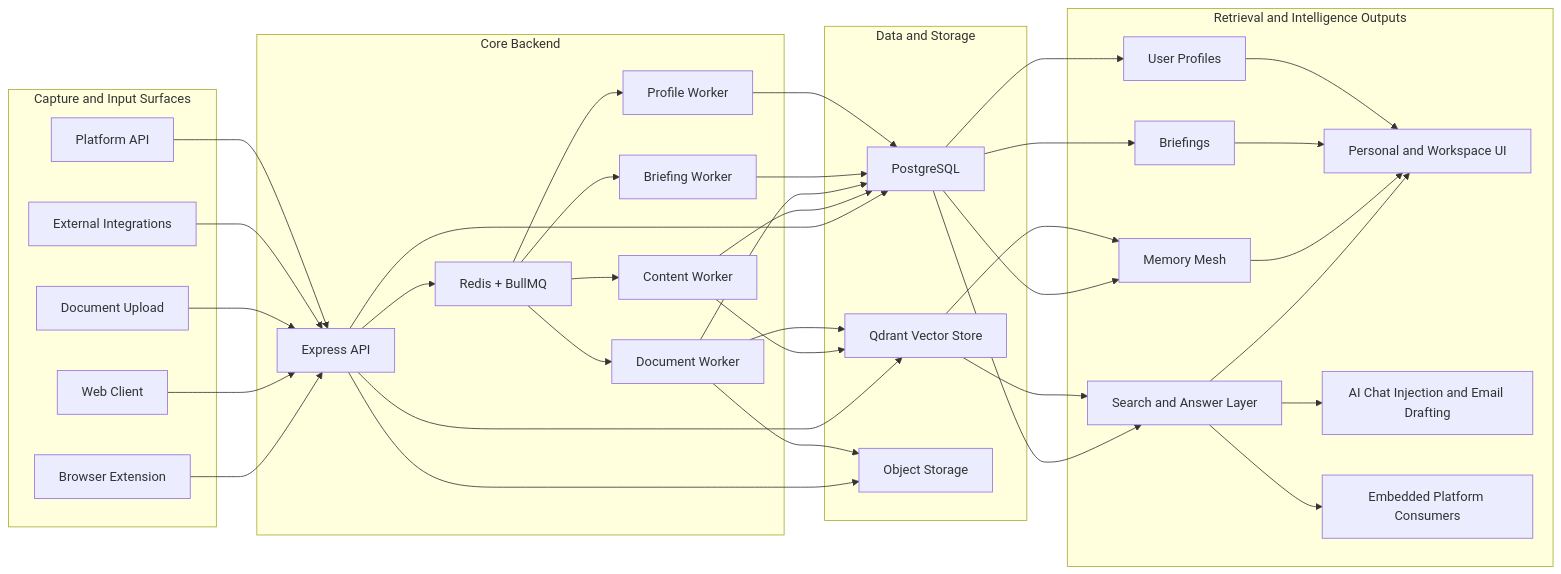
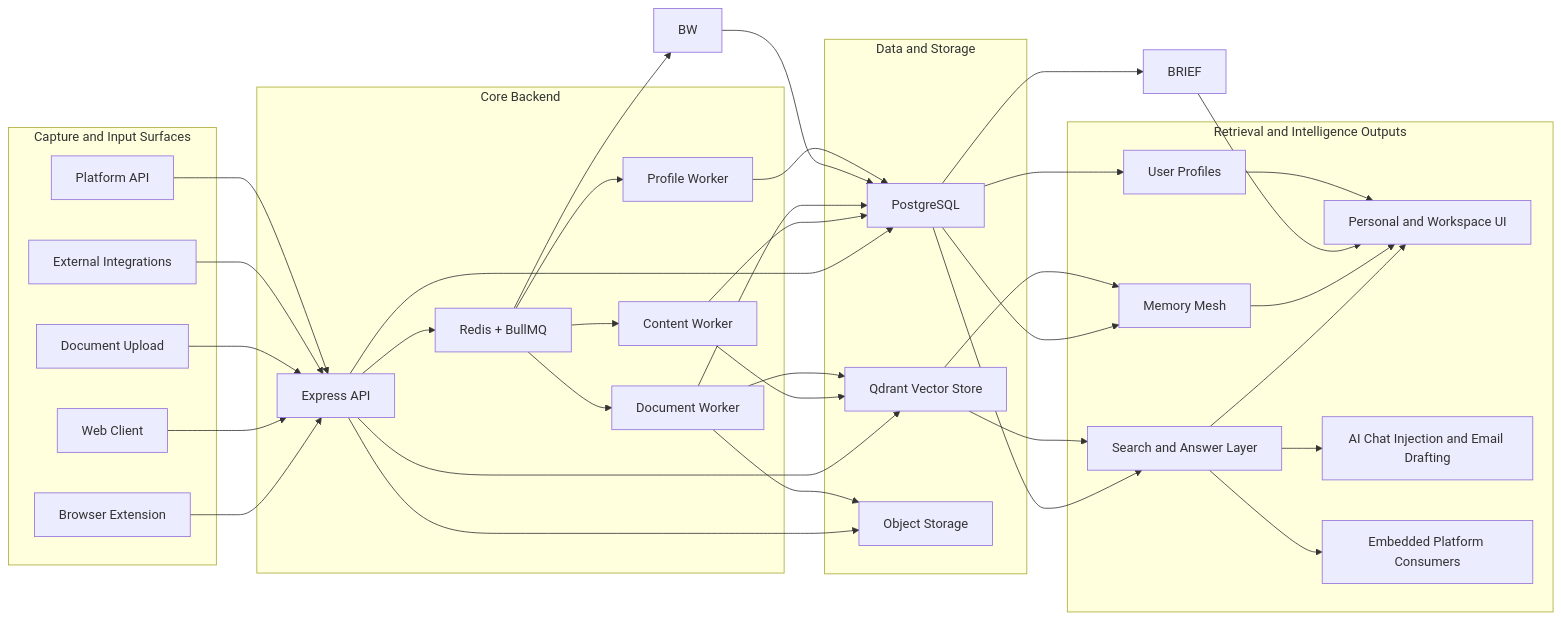
One commit to cogniahq/Cognia changed the diagram in docs/cognia-product-whitepaper.md. Above: the diagram before and after it, drawn with Mermaid. The commit also changed other lines of this file and 204 other files, not shown here.

````diff
--- a/docs/cognia-product-whitepaper.md
+++ b/docs/cognia-product-whitepaper.md
@@ -151,73 +142,71 @@
 ```mermaid
 flowchart LR
   subgraph Inputs["Capture and Input Surfaces"]
     EXT["Browser Extension"]
     WEB["Web Client"]
     DOCS["Document Upload"]
     INTS["External Integrations"]
     PLAT["Platform API"]
   end
 
   subgraph Core["Core Backend"]
     API["Express API"]
     QUEUE["Redis + BullMQ"]
     CW["Content Worker"]
     DW["Document Worker"]
-    BW["Briefing Worker"]
     PW["Profile Worker"]
   end
 
   subgraph Data["Data and Storage"]
     PG["PostgreSQL"]
     QD["Qdrant Vector Store"]
     OBJ["Object Storage"]
   end
 
   subgraph Outputs["Retrieval and Intelligence Outputs"]
     SEARCH["Search and Answer Layer"]
     MESH["Memory Mesh"]
-    BRIEF["Briefings"]
     PROFILE["User Profiles"]
     UX["Personal and Workspace UI"]
     ASSIST["AI Chat Injection and Email Drafting"]
     EMBED["Embedded Platform Consumers"]
   end
 
   EXT --> API
   WEB --> API
   DOCS --> API
   INTS --> API
   PLAT --> API
 
   API --> PG
   API --> QD
   API --> OBJ
   API --> QUEUE
 
   QUEUE --> CW
   QUEUE --> DW
   QUEUE --> BW
   QUEUE --> PW
 
   CW --> PG
   CW --> QD
   DW --> OBJ
   DW --> PG
   DW --> QD
   BW --> PG
   PW --> PG
 
   PG --> SEARCH
   QD --> SEARCH
   PG --> MESH
   QD --> MESH
   PG --> BRIEF
   PG --> PROFILE
 
   SEARCH --> UX
   MESH --> UX
   BRIEF --> UX
   PROFILE --> UX
   SEARCH --> ASSIST
   SEARCH --> EMBED
 ```
````
